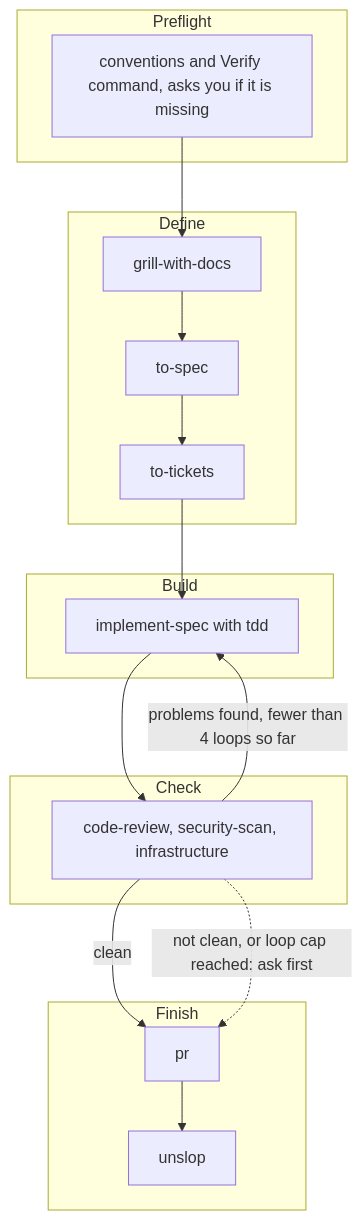
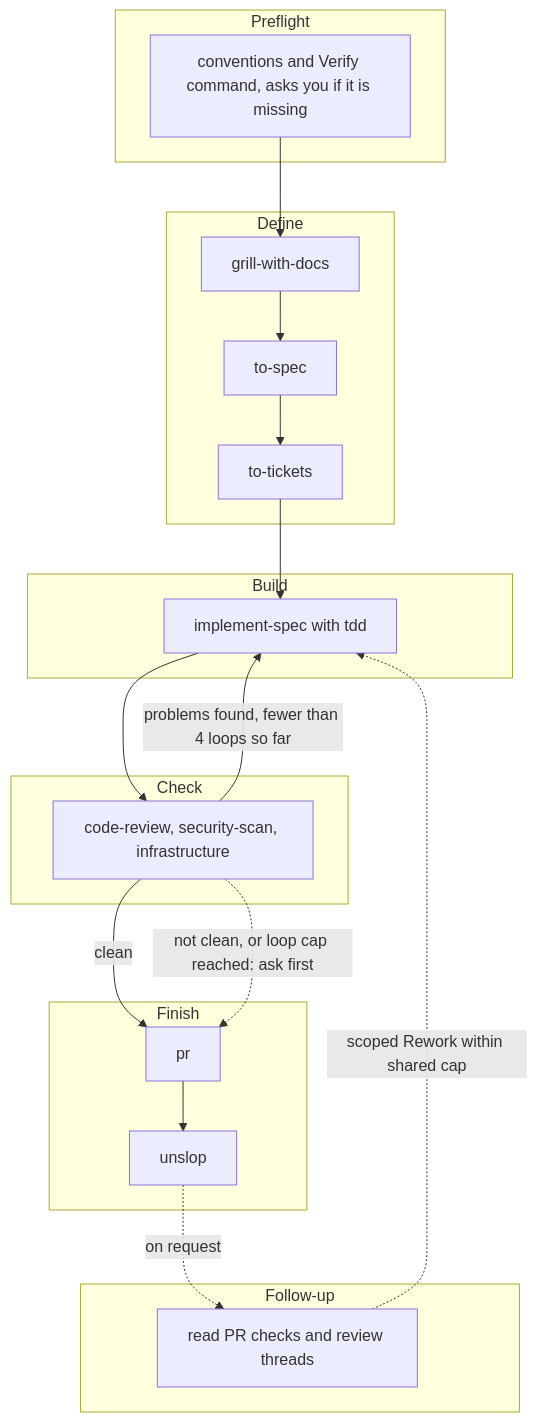
One commit to TDSchreur/tds-factory changed the diagram in README.md. Above: the diagram before and after it, drawn with Mermaid. The commit also changed other lines of this file and 52 other files, not shown here.

````diff
--- a/README.md
+++ b/README.md
@@ -40,24 +40,30 @@
 ```mermaid
 flowchart TB
     subgraph Preflight
         P[conventions and Verify command, asks you if it is missing]
     end
     subgraph Define
         A[grill-with-docs] --> B[to-spec] --> C[to-tickets]
     end
     subgraph Build
         E[implement-spec with tdd]
     end
     subgraph Check
         F[code-review, security-scan, infrastructure]
     end
     subgraph Finish
         G[pr] --> H[unslop]
     end
 
+    subgraph Follow-up
+        I[read PR checks and review threads]
+    end
+
+    H -.->|on request| I
+    I -.->|scoped Rework within shared cap| E
     P --> A
     C --> E --> F
     F -->|problems found, fewer than 4 loops so far| E
     F -->|clean| G
     F -.->|not clean, or loop cap reached: ask first| G
 ```
````
